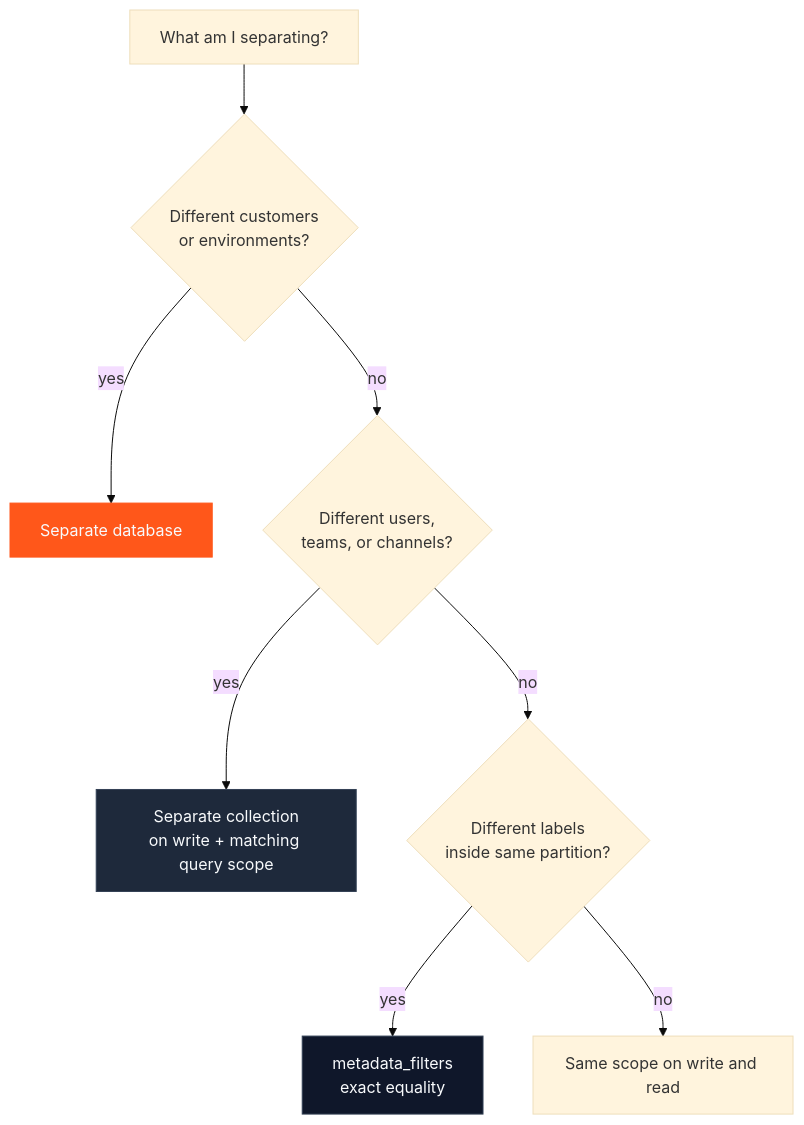
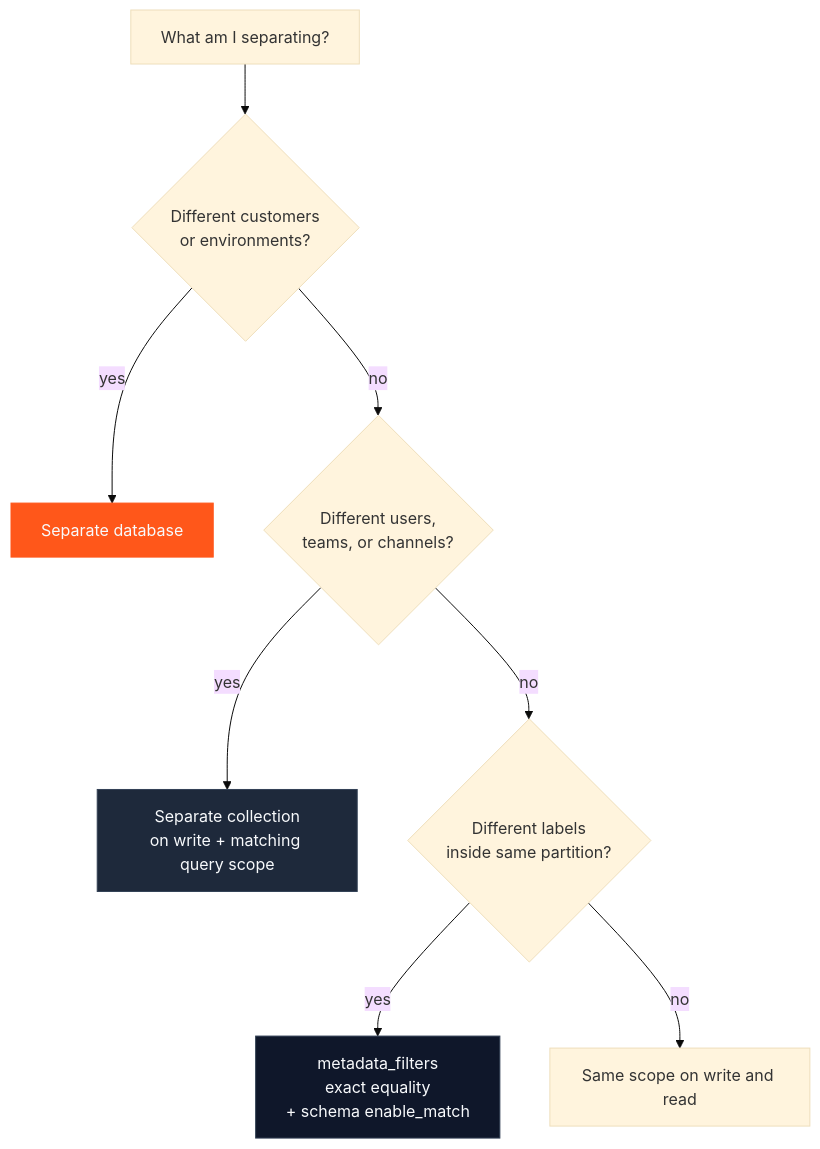
The second of 2 diagrams in essentials/v2/scope-composition/three-layers.mdx (hydra-db/mintlify-docs), drawn with Mermaid (base theme) before and after one commit. The commit also changed other lines of this file and 3 other files, not shown here.

First line of the commit message:
docs(v2): require match-enabled schema for metadata ACL filters

````diff
--- a/essentials/v2/scope-composition/three-layers.mdx
+++ b/essentials/v2/scope-composition/three-layers.mdx
@@ -37,15 +37,15 @@
 ```mermaid
 flowchart TD
   Start["What am I separating?"]
   Start --> Cust{"Different customers<br/>or environments?"}
   Cust -->|yes| DB["Separate database"]
   Cust -->|no| Part{"Different users,<br/>teams, or channels?"}
   Part -->|yes| Col["Separate collection<br/>on write + matching query scope"]
   Part -->|no| Attr{"Different labels<br/>inside same partition?"}
-  Attr -->|yes| Meta["metadata_filters<br/>exact equality"]
+  Attr -->|yes| Meta["metadata_filters<br/>exact equality<br/>+ schema enable_match"]
   Attr -->|no| Same["Same scope on write and read"]
 
   style DB fill:#FF571A,stroke:#FF571A,color:#f8fafc
   style Col fill:#1e293b,stroke:#334155,color:#f8fafc
   style Meta fill:#0f172a,stroke:#334155,color:#f8fafc
 ```
````
